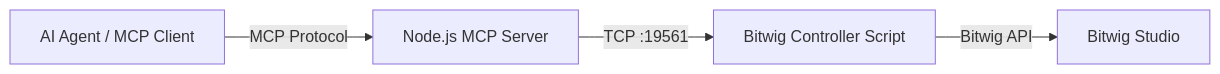
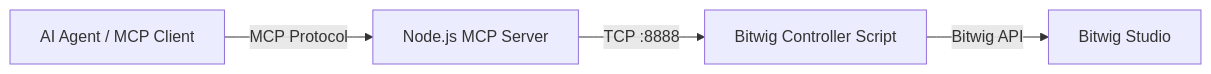
Before and after one commit to LaurentHuzard/beat-twin: the diagram in README.md, drawn with Mermaid. The commit also changed other lines of this file and 17 other files, not shown here.

````diff
--- a/README.md
+++ b/README.md
@@ -24,6 +24,6 @@
 ```mermaid
 graph LR
     A[AI Agent / MCP Client] -->|MCP Protocol| B[Node.js MCP Server]
-    B -->|TCP :19561| C[Bitwig Controller Script]
+    B -->|TCP :8888| C[Bitwig Controller Script]
     C -->|Bitwig API| D[Bitwig Studio]
 ```
````
